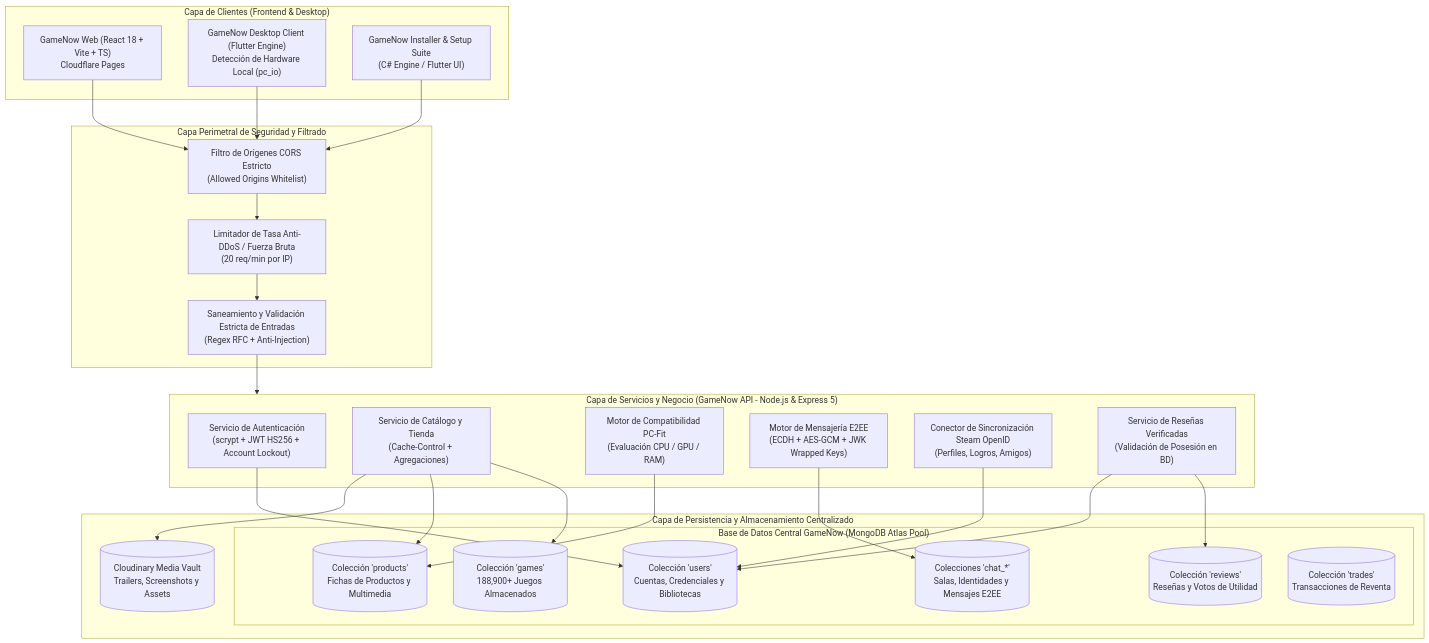
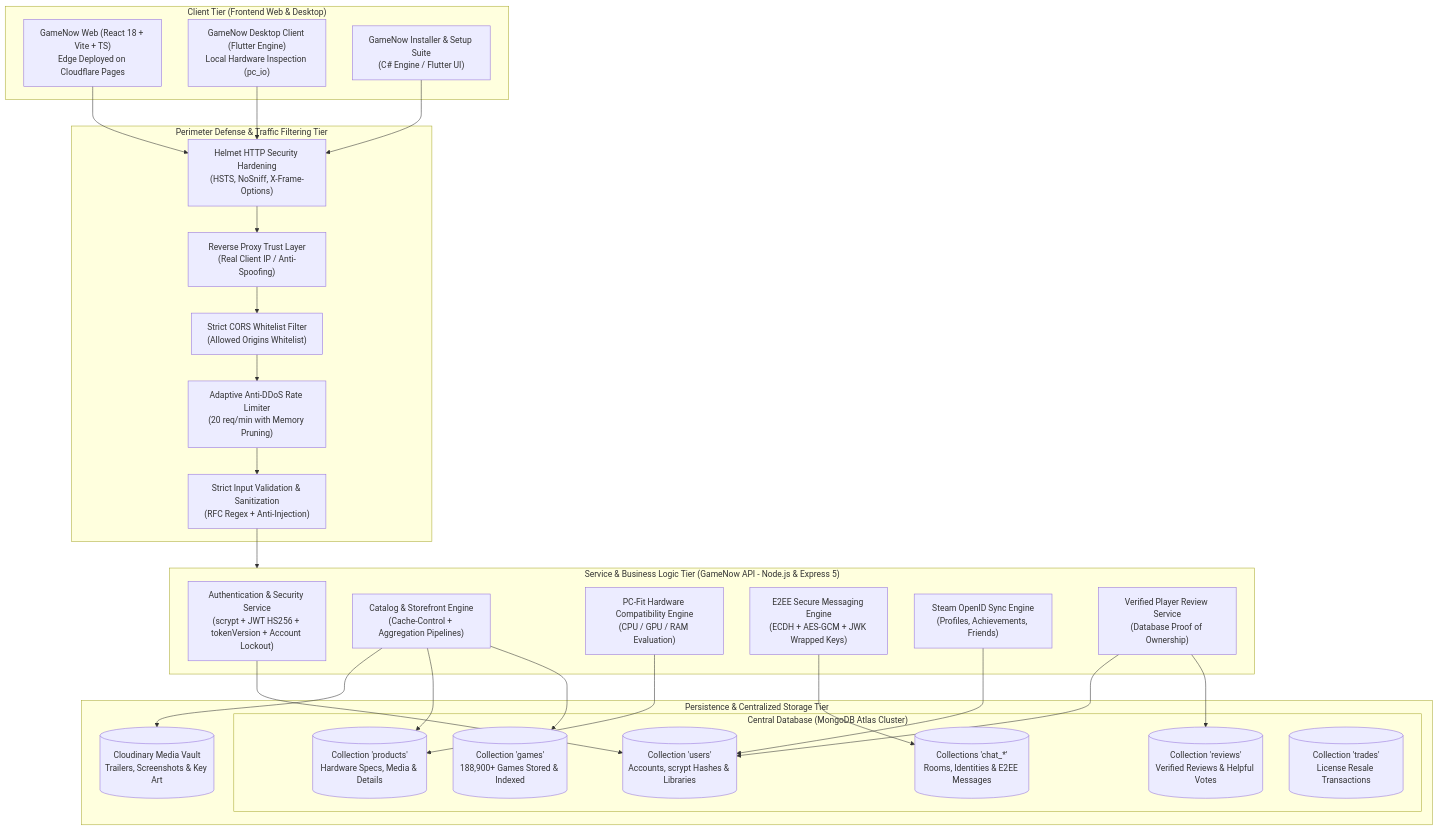
The first of 4 diagrams in readme.md (DiegoBanuelosS/GameNow), drawn with Mermaid before and after one commit. The commit also changed other lines of this file, not shown here.

````diff
--- a/readme.md
+++ b/readme.md
@@ -25,53 +36,57 @@
 ```mermaid
 flowchart TB
-    subgraph CLIENTES["Capa de Clientes (Frontend & Desktop)"]
-        WebClient["GameNow Web (React 18 + Vite + TS)<br/>Cloudflare Pages"]
-        DesktopApp["GameNow Desktop Client (Flutter Engine)<br/>Detección de Hardware Local (pc_io)"]
+    subgraph CLIENTS["Client Tier (Frontend Web & Desktop)"]
+        WebClient["GameNow Web (React 18 + Vite + TS)<br/>Edge Deployed on Cloudflare Pages"]
+        DesktopApp["GameNow Desktop Client (Flutter Engine)<br/>Local Hardware Inspection (pc_io)"]
         SetupApp["GameNow Installer & Setup Suite<br/>(C# Engine / Flutter UI)"]
     end
 
-    subgraph DEFENSE["Capa Perimetral de Seguridad y Filtrado"]
-        CORSFilter["Filtro de Orígenes CORS Estricto<br/>(Allowed Origins Whitelist)"]
-        IPRateLimiter["Limitador de Tasa Anti-DDoS / Fuerza Bruta<br/>(20 req/min por IP)"]
-        InputSanitizer["Saneamiento y Validación Estricta de Entradas<br/>(Regex RFC + Anti-Injection)"]
+    subgraph DEFENSE["Perimeter Defense & Traffic Filtering Tier"]
+        HelmetHeaders["Helmet HTTP Security Hardening<br/>(HSTS, NoSniff, X-Frame-Options)"]
+        TrustProxy["Reverse Proxy Trust Layer<br/>(Real Client IP / Anti-Spoofing)"]
+        CORSFilter["Strict CORS Whitelist Filter<br/>(Allowed Origins Whitelist)"]
+        IPRateLimiter["Adaptive Anti-DDoS Rate Limiter<br/>(20 req/min with Memory Pruning)"]
+        InputSanitizer["Strict Input Validation & Sanitization<br/>(RFC Regex + Anti-Injection)"]
     end
 
-    subgraph API_GATEWAY["Capa de Servicios y Negocio (GameNow API - Node.js & Express 5)"]
-        AuthService["Servicio de Autenticación<br/>(scrypt + JWT HS256 + Account Lockout)"]
-        CatalogService["Servicio de Catálogo y Tienda<br/>(Cache-Control + Agregaciones)"]
-        PcFitService["Motor de Compatibilidad PC-Fit<br/>(Evaluación CPU / GPU / RAM)"]
-        ChatService["Motor de Mensajería E2EE<br/>(ECDH + AES-GCM + JWK Wrapped Keys)"]
-        SteamSync["Conector de Sincronización Steam OpenID<br/>(Perfiles, Logros, Amigos)"]
-        ReviewsService["Servicio de Reseñas Verificadas<br/>(Validación de Posesión en BD)"]
+    subgraph API_GATEWAY["Service & Business Logic Tier (GameNow API - Node.js & Express 5)"]
+        AuthService["Authentication & Security Service<br/>(scrypt + JWT HS256 + tokenVersion + Account Lockout)"]
+        CatalogService["Catalog & Storefront Engine<br/>(Cache-Control + Aggregation Pipelines)"]
+        PcFitService["PC-Fit Hardware Compatibility Engine<br/>(CPU / GPU / RAM Evaluation)"]
+        ChatService["E2EE Secure Messaging Engine<br/>(ECDH + AES-GCM + JWK Wrapped Keys)"]
+        SteamSync["Steam OpenID Sync Engine<br/>(Profiles, Achievements, Friends)"]
+        ReviewsService["Verified Player Review Service<br/>(Database Proof of Ownership)"]
     end
 
-    subgraph STORAGE["Capa de Persistencia y Almacenamiento Centralizado"]
-        subgraph MONGODB["Base de Datos Central GameNow (MongoDB Atlas Pool)"]
-            ColGames[("Colección 'games'<br/>188,900+ Juegos Almacenados")]
-            ColProducts[("Colección 'products'<br/>Fichas de Productos y Multimedia")]
-            ColUsers[("Colección 'users'<br/>Cuentas, Credenciales y Bibliotecas")]
-            ColChat[("Colecciones 'chat_*'<br/>Salas, Identidades y Mensajes E2EE")]
-            ColReviews[("Colección 'reviews'<br/>Reseñas y Votos de Utilidad")]
-            ColTrades[("Colección 'trades'<br/>Transacciones de Reventa")]
+    subgraph STORAGE["Persistence & Centralized Storage Tier"]
+        subgraph MONGODB["Central Database (MongoDB Atlas Cluster)"]
+            ColGames[("Collection 'games'<br/>188,900+ Games Stored & Indexed")]
+            ColProducts[("Collection 'products'<br/>Hardware Specs, Media & Details")]
+            ColUsers[("Collection 'users'<br/>Accounts, scrypt Hashes & Libraries")]
+            ColChat[("Collections 'chat_*'<br/>Rooms, Identities & E2EE Messages")]
+            ColReviews[("Collection 'reviews'<br/>Verified Reviews & Helpful Votes")]
+            ColTrades[("Collection 'trades'<br/>License Resale Transactions")]
         end
-        CloudinaryVault[("Cloudinary Media Vault<br/>Trailers, Screenshots y Assets")]
+        CloudinaryVault[("Cloudinary Media Vault<br/>Trailers, Screenshots & Key Art")]
     end
 
-    WebClient --> CORSFilter
-    DesktopApp --> CORSFilter
-    SetupApp --> CORSFilter
+    WebClient --> HelmetHeaders
+    DesktopApp --> HelmetHeaders
+    SetupApp --> HelmetHeaders
 
+    HelmetHeaders --> TrustProxy
+    TrustProxy --> CORSFilter
     CORSFilter --> IPRateLimiter
     IPRateLimiter --> InputSanitizer
     InputSanitizer --> API_GATEWAY
 
     AuthService --> ColUsers
     CatalogService --> ColGames
     CatalogService --> ColProducts
     PcFitService --> ColProducts
     ChatService --> ColChat
     ReviewsService --> ColReviews
     ReviewsService --> ColUsers
     SteamSync --> ColUsers
     CatalogService --> CloudinaryVault
 ```
````
